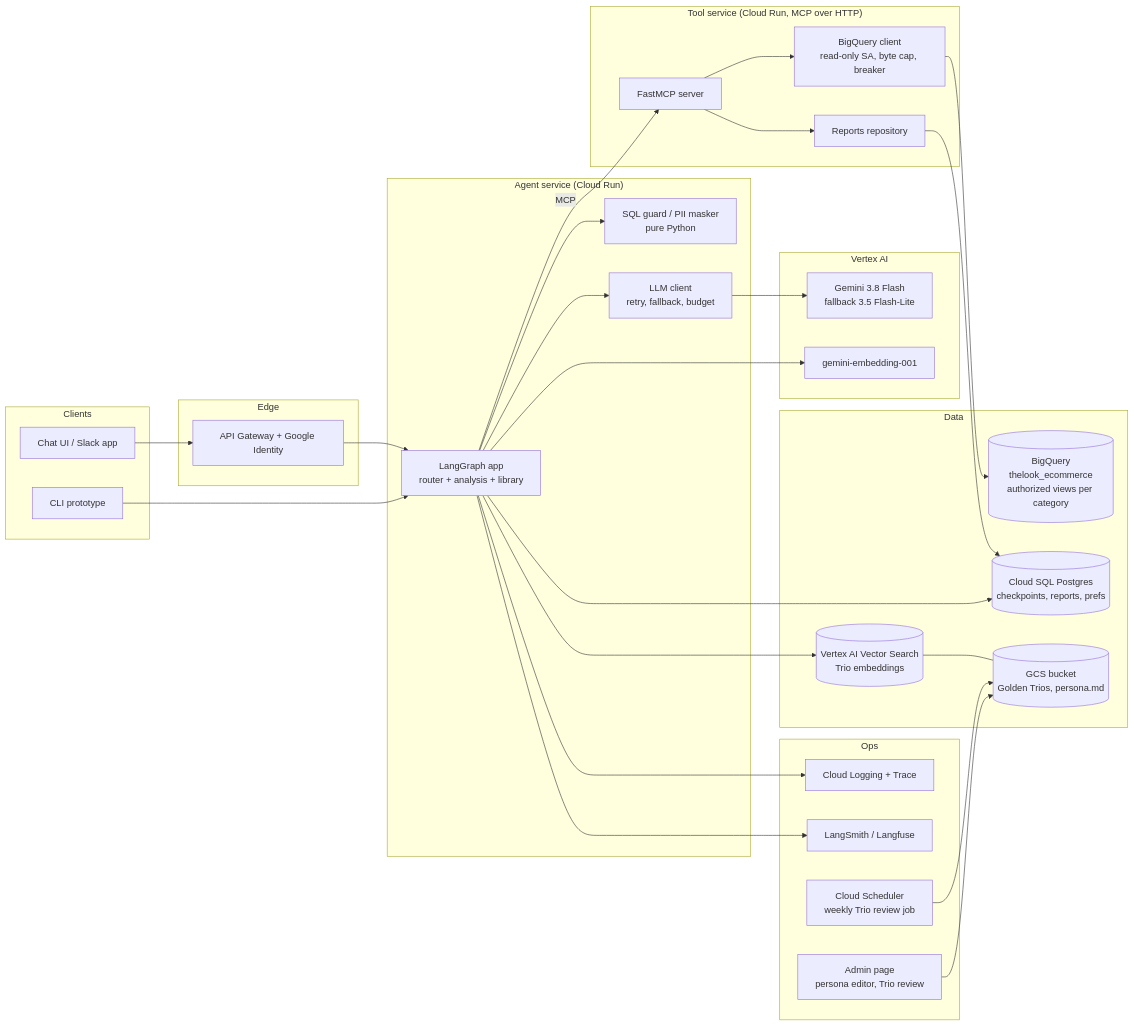
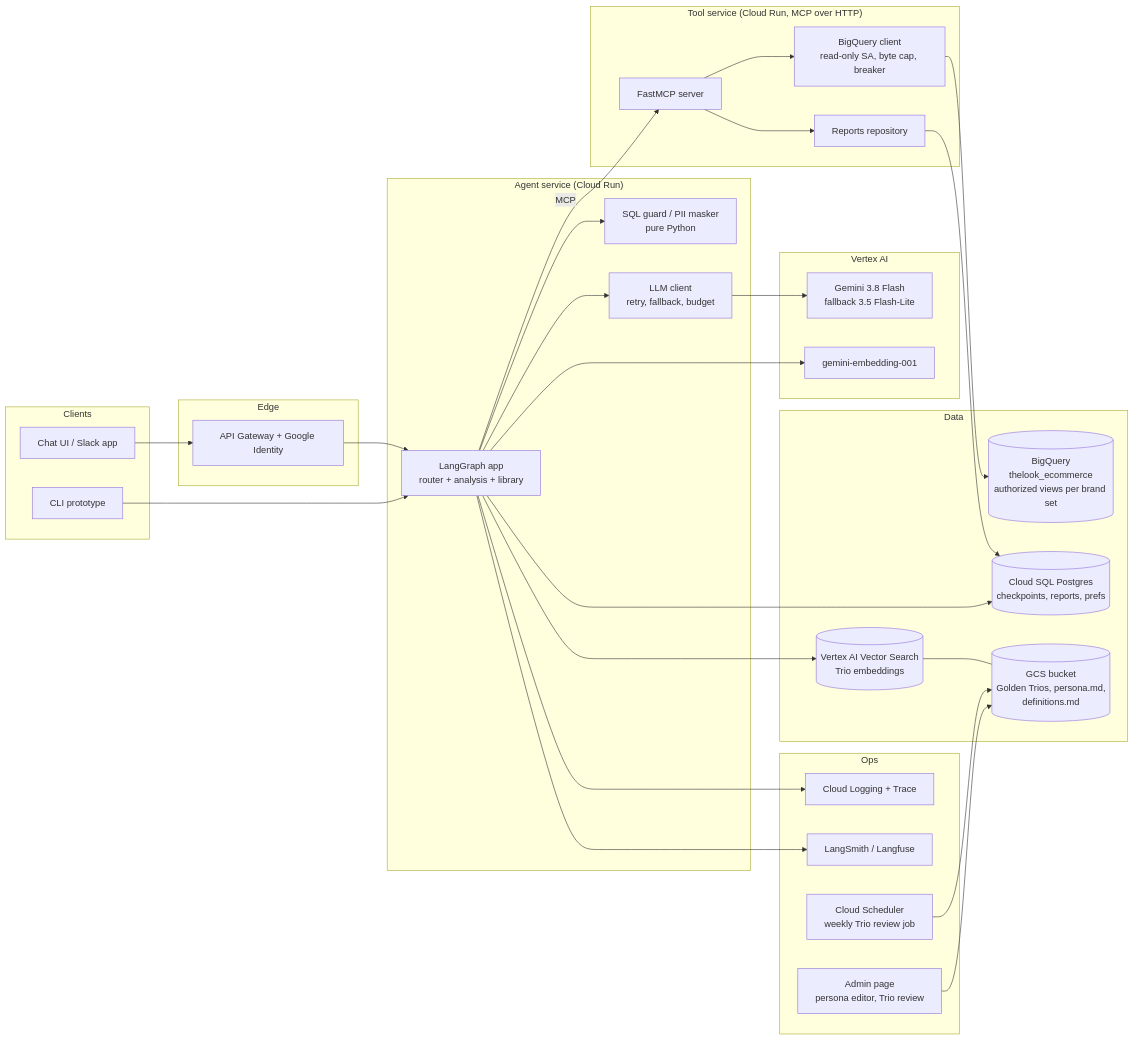
Before and after one commit to LukaPavlovicGit/retail-insights-agent: the first of 3 diagrams in docs/hld.md, drawn with Mermaid. The commit also changed other lines of this file and 3 other files, not shown here.

````diff
--- a/docs/hld.md
+++ b/docs/hld.md
@@ -26,51 +29,51 @@
 ```mermaid
 flowchart LR
   subgraph Clients
     UI["Chat UI / Slack app"]
     CLI["CLI prototype"]
   end
   subgraph Edge
     GW["API Gateway + Google Identity"]
   end
   subgraph Agent["Agent service (Cloud Run)"]
     LG["LangGraph app<br/>router + analysis + library"]
     GUARD["SQL guard / PII masker<br/>pure Python"]
     LLM["LLM client<br/>retry, fallback, budget"]
   end
   subgraph Tools["Tool service (Cloud Run, MCP over HTTP)"]
     MCP["FastMCP server"]
     BQC["BigQuery client<br/>read-only SA, byte cap, breaker"]
     REP["Reports repository"]
   end
   subgraph Data
-    BQ[("BigQuery<br/>thelook_ecommerce<br/>authorized views per category")]
+    BQ[("BigQuery<br/>thelook_ecommerce<br/>authorized views per brand set")]
     PG[("Cloud SQL Postgres<br/>checkpoints, reports, prefs")]
     VEC[("Vertex AI Vector Search<br/>Trio embeddings")]
-    GCS[("GCS bucket<br/>Golden Trios, persona.md")]
+    GCS[("GCS bucket<br/>Golden Trios, persona.md,<br/>definitions.md")]
   end
   subgraph AI["Vertex AI"]
     GEM["Gemini 3.8 Flash<br/>fallback 3.5 Flash-Lite"]
     EMB["gemini-embedding-001"]
   end
   subgraph Ops
     LOG["Cloud Logging + Trace"]
     LS["LangSmith / Langfuse"]
     SCHED["Cloud Scheduler<br/>weekly Trio review job"]
     ADMIN["Admin page<br/>persona editor, Trio review"]
   end
   UI --> GW --> LG
   CLI --> LG
   LG --> GUARD
   LG --> LLM --> GEM
   LG --> EMB
   LG -->|MCP| MCP
   MCP --> BQC --> BQ
   MCP --> REP --> PG
   LG --> PG
   LG --> VEC
   VEC --- GCS
   LG --> LOG
   LG --> LS
   SCHED --> GCS
   ADMIN --> GCS
 ```
````
